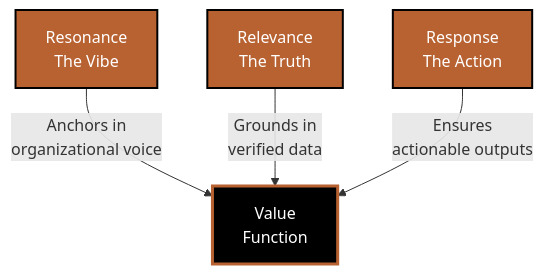
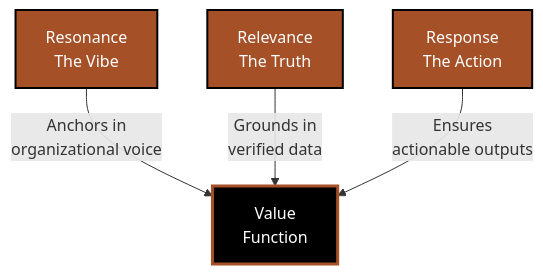
Before and after one commit to siddharthachaturvedi/sidc-portfolio: the diagram in README.md, drawn with Mermaid. The commit also changed other lines of this file and 6 other files, not shown here.

````diff
--- a/README.md
+++ b/README.md
@@ -43,11 +43,11 @@
 ```mermaid
 graph TD
     A[Resonance<br/>The Vibe] -->|Anchors in<br/>organizational voice| D[Value<br/>Function]
     B[Relevance<br/>The Truth] -->|Grounds in<br/>verified data| D
     C[Response<br/>The Action] -->|Ensures<br/>actionable outputs| D
     
-    style A fill:#B86232,stroke:#000,stroke-width:2px,color:#fff
-    style B fill:#B86232,stroke:#000,stroke-width:2px,color:#fff
-    style C fill:#B86232,stroke:#000,stroke-width:2px,color:#fff
-    style D fill:#000,stroke:#B86232,stroke-width:3px,color:#fff
+    style A fill:#A55027,stroke:#000,stroke-width:2px,color:#fff
+    style B fill:#A55027,stroke:#000,stroke-width:2px,color:#fff
+    style C fill:#A55027,stroke:#000,stroke-width:2px,color:#fff
+    style D fill:#000,stroke:#A55027,stroke-width:3px,color:#fff
 ```
````
